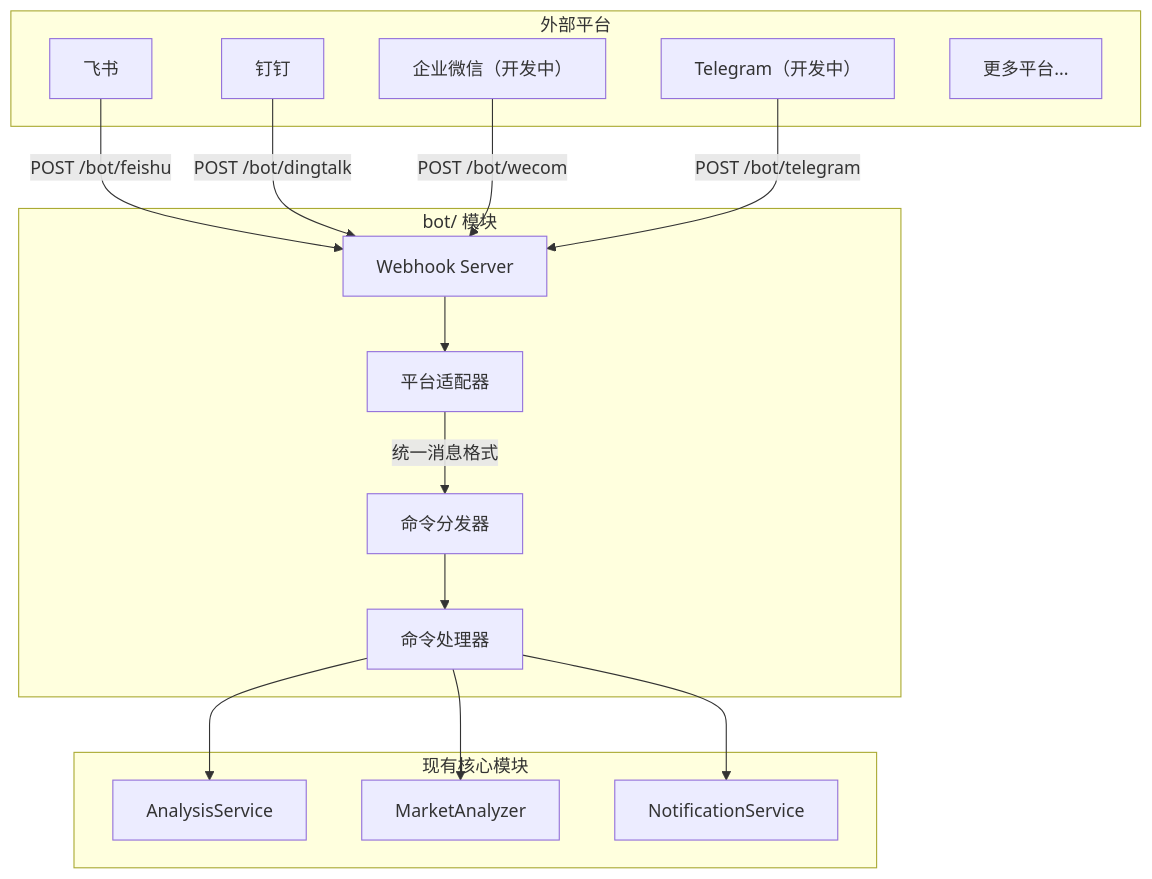
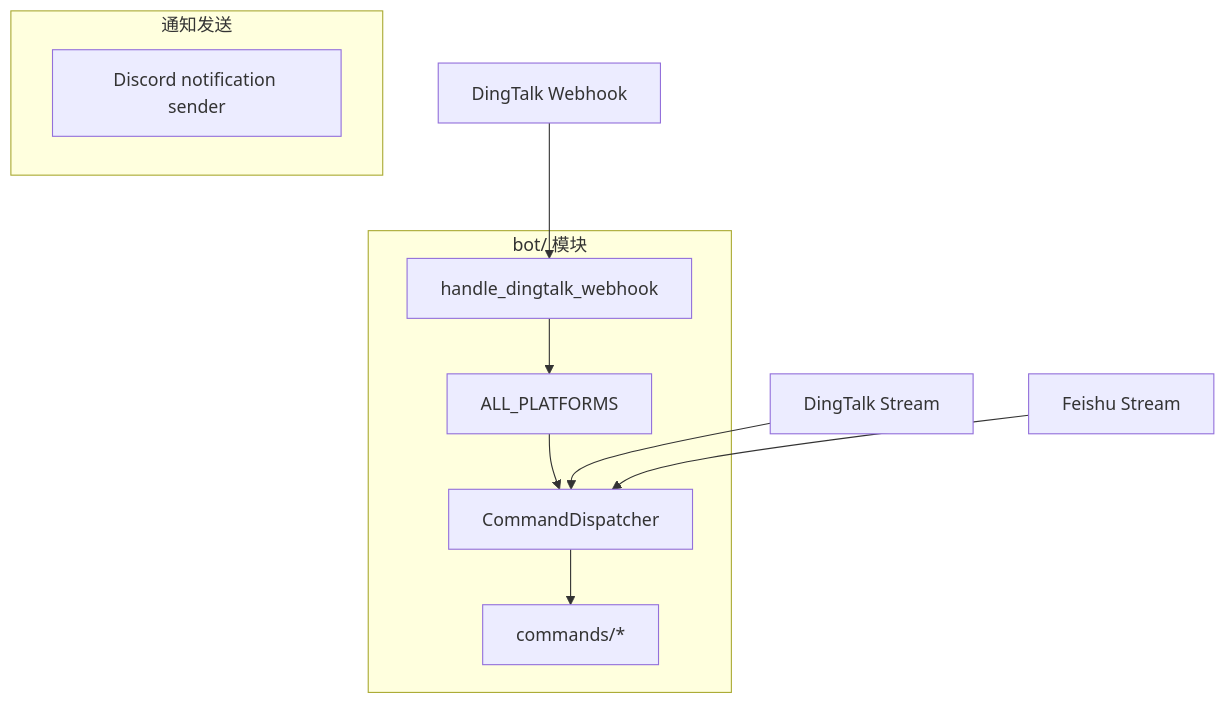
The diagram in docs/bot-command.md (WOLFY9527/wolfystock), drawn with Mermaid before and after one commit. The commit also changed other lines of this file and 9 other files, not shown here.

````diff
--- a/docs/bot-command.md
+++ b/docs/bot-command.md
@@ -5,35 +14,24 @@
 ```mermaid
 flowchart TB
-    subgraph Platforms [外部平台]
-        FS[飞书]
-        DT[钉钉]
-        WC[企业微信（开发中）]
-        TG[Telegram（开发中）]
-        More[更多平台...]
+    DT[DingTalk Webhook]
+    DS[DingTalk Stream]
+    FS[Feishu Stream]
+
+    subgraph BotModule [bot/ 模块]
+        WH[handle_dingtalk_webhook]
+        AD[ALL_PLATFORMS]
+        DP[CommandDispatcher]
+        CM[commands/*]
     end
 
-    subgraph BotModule [bot/ 模块]
-        WH[Webhook Server]
-        Adapters[平台适配器]
-        Dispatcher[命令分发器]
-        Commands[命令处理器]
+    subgraph Notify [通知发送]
+        DN[Discord notification sender]
     end
 
-    subgraph Core [现有核心模块]
-        AS[AnalysisService]
-        MA[MarketAnalyzer]
-        NS[NotificationService]
-    end
-
-    FS -->|POST /bot/feishu| WH
-    DT -->|POST /bot/dingtalk| WH
-    WC -->|POST /bot/wecom| WH
-    TG -->|POST /bot/telegram| WH
-
-    WH --> Adapters
-    Adapters -->|统一消息格式| Dispatcher
-    Dispatcher --> Commands
-    Commands --> AS
-    Commands --> MA
-    Commands --> NS
+    DT --> WH
+    WH --> AD
+    AD --> DP
+    DP --> CM
+    DS --> DP
+    FS --> DP
 ```
````
